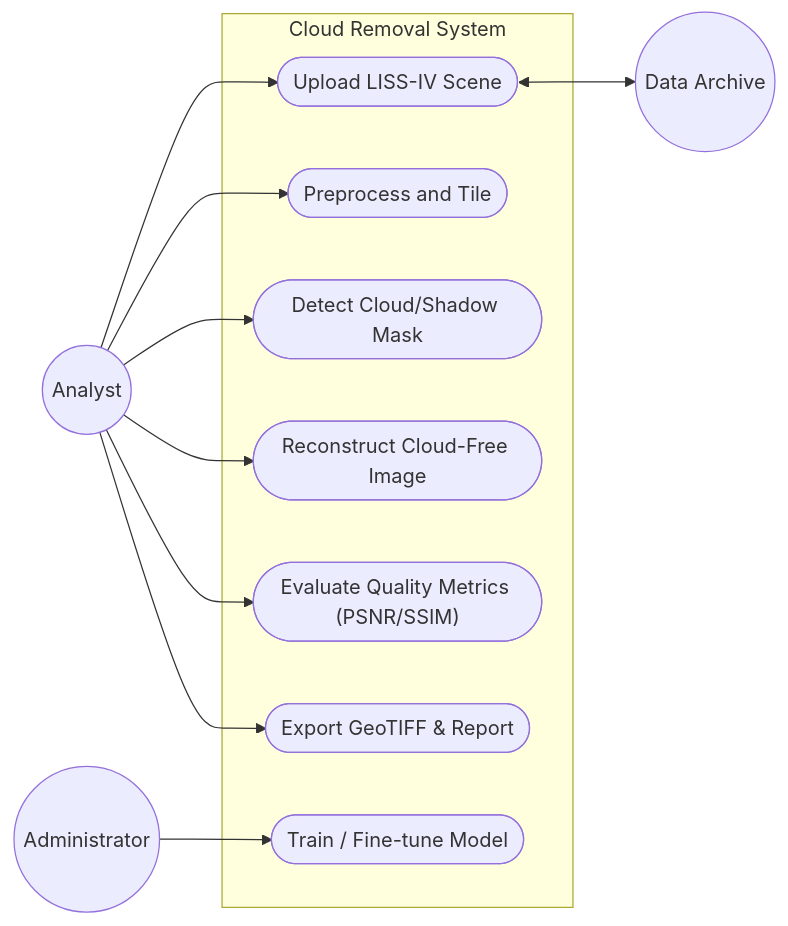
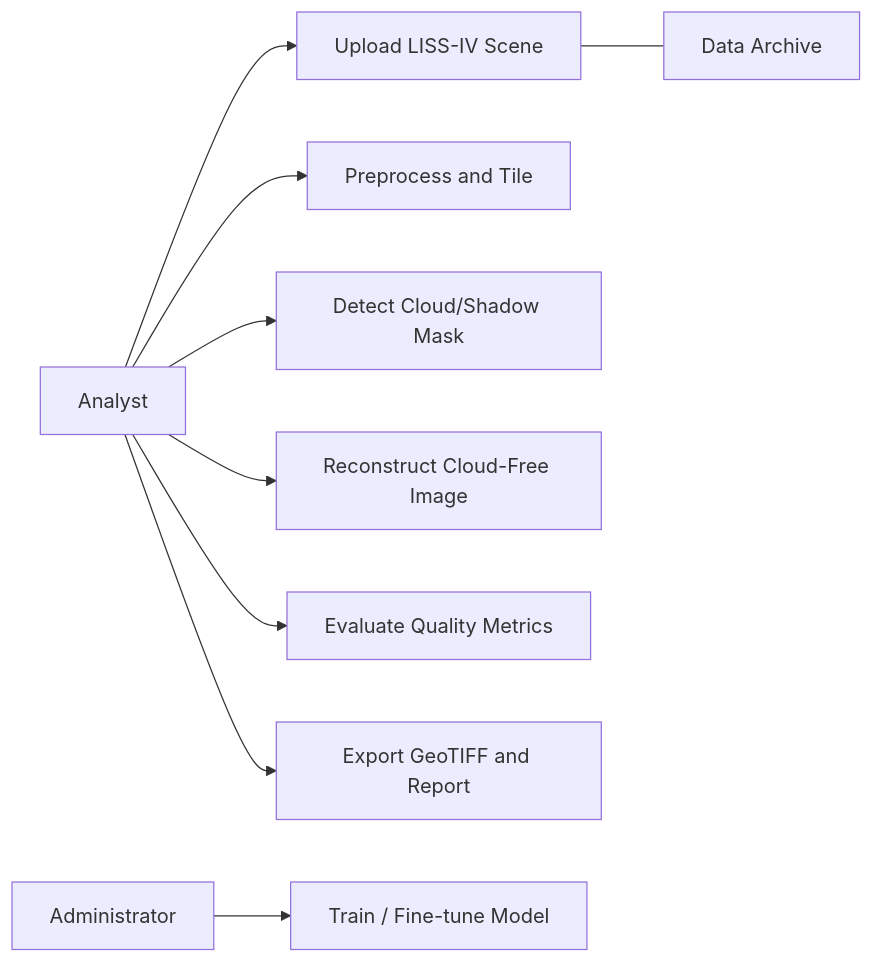
One commit to babysuman/cloudreconai changed the second of 5 diagrams in README.md. Above: the diagram before and after it, drawn with Mermaid. The commit also changed other lines of this file, not shown here.

Commit message:
fix(docs): resolve GitHub Mermaid svg render tree errors and update team member roster

````diff
--- a/README.md
+++ b/README.md
@@ -158,27 +134,24 @@
 ```mermaid
-flowchart LR
-    Analyst((Analyst))
-    Admin((Administrator))
-    Archive((Data Archive))
+graph LR
+    Analyst["Analyst"]
+    Admin["Administrator"]
+    Archive["Data Archive"]
 
-    subgraph CloudReconSystem ["Cloud Removal System"]
-        UC1(["Upload LISS-IV Scene"])
-        UC2(["Preprocess and Tile"])
-        UC3(["Detect Cloud/Shadow Mask"])
-        UC4(["Reconstruct Cloud-Free Image"])
-        UC5(["Evaluate Quality Metrics (PSNR/SSIM)"])
-        UC6(["Export GeoTIFF & Report"])
-        UC7(["Train / Fine-tune Model"])
-    end
+    UC1["Upload LISS-IV Scene"]
+    UC2["Preprocess and Tile"]
+    UC3["Detect Cloud/Shadow Mask"]
+    UC4["Reconstruct Cloud-Free Image"]
+    UC5["Evaluate Quality Metrics"]
+    UC6["Export GeoTIFF and Report"]
+    UC7["Train / Fine-tune Model"]
 
     Analyst --> UC1
     Analyst --> UC2
     Analyst --> UC3
     Analyst --> UC4
     Analyst --> UC5
     Analyst --> UC6
 
     Admin --> UC7
-
-    UC1 <--> Archive
+    UC1 --- Archive
 ```
````
